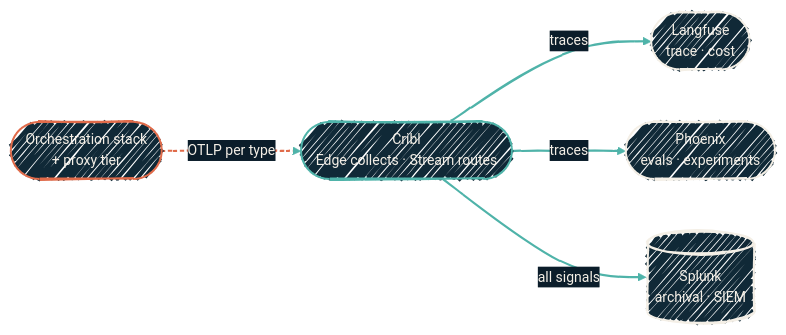
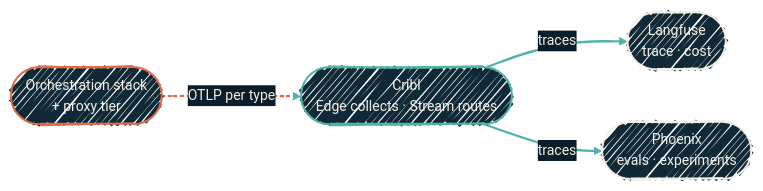
The diagram in observability/llm-observability.mdx (dryvist/docs), drawn with Mermaid before and after one commit. The commit also changed other lines of this file and 78 other files, not shown here.

````diff
--- a/observability/llm-observability.mdx
+++ b/observability/llm-observability.mdx
@@ -40,28 +41,26 @@
 ```mermaid
 %%{init:
   {'theme':'base','look':'handDrawn','themeVariables':{'fontFamily':'Geist','fontSize':'14px','primaryColor':'#102937','primaryTextColor':'#F4EFE6','primaryBorderColor':'#4FB3A9','lineColor':'#4FB3A9','secondaryColor':'#0B1D2A','tertiaryColor':'#1A2A38','clusterBkg':'rgba(79,179,169,0.08)','clusterBorder':'#4FB3A9'}}}%%
   flowchart LR
   Apps([Orchestration stack<br/>+ proxy tier])
   Cribl([Cribl<br/>Edge collects · Stream routes])
   LF([Langfuse<br/>trace · cost])
   PX([Phoenix<br/>evals · experiments])
-  SP[(Splunk<br/>archival · SIEM)]
 
   Apps -->|OTLP per type| Cribl
   Cribl -->|traces| LF
   Cribl -->|traces| PX
-  Cribl -->|all signals| SP
 
   classDef ai   fill:#102937,stroke:#E06B4A,stroke-width:2px,color:#F4EFE6;
   classDef hop  fill:#102937,stroke:#4FB3A9,stroke-width:2px,color:#F4EFE6;
   classDef sink fill:#102937,stroke:#F4EFE6,stroke-width:2px,color:#F4EFE6;
 
   class Apps ai
   class Cribl hop
-  class LF,PX,SP sink
+  class LF,PX sink
 
   click PX "/observability/phoenix" "Arize Phoenix: evals and experiments"
 
   linkStyle 0 stroke:#E06B4A,stroke-width:2px,stroke-dasharray:4 3;
-  linkStyle 1,2,3 stroke:#4FB3A9,stroke-width:2px;
+  linkStyle 1,2 stroke:#4FB3A9,stroke-width:2px;
 ```
````
